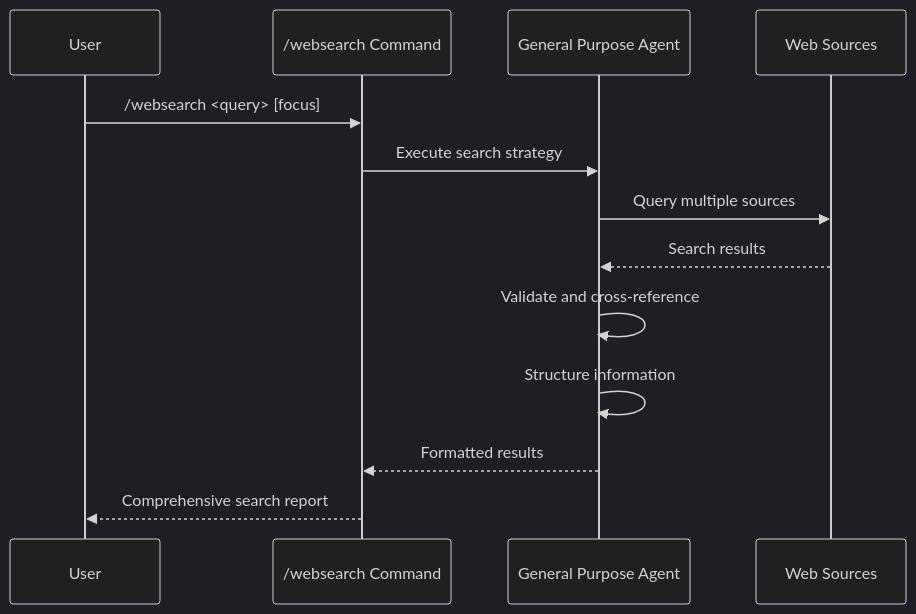
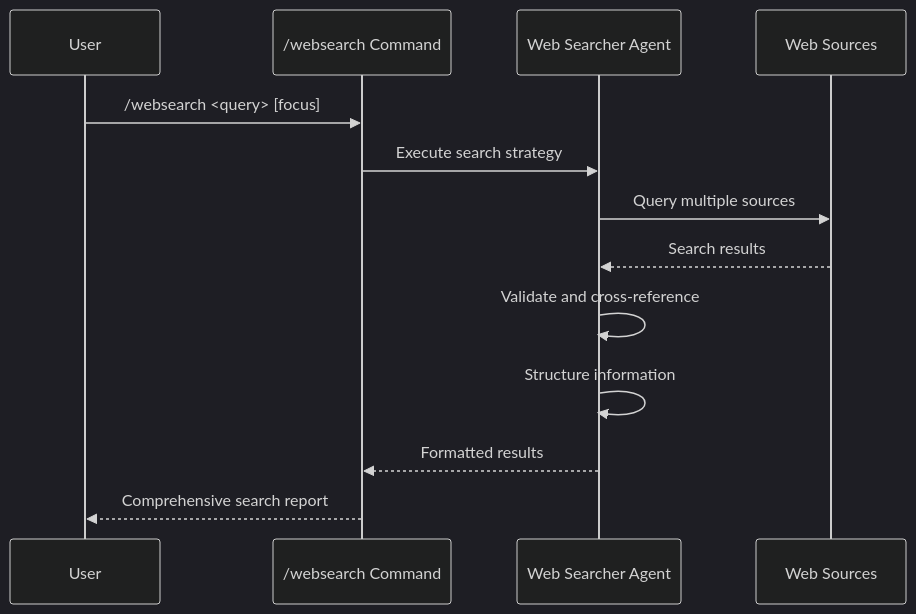
The diagram in .claude/commands/websearch.md (zzaia/zzaia-agentic-workspace), drawn with Mermaid (dark theme) before and after one commit. The commit also changed other lines of this file and 4 other files, not shown here.

Commit message:
Improve the web searcher capabilities;

````diff
--- a/.claude/commands/websearch.md
+++ b/.claude/commands/websearch.md
@@ -46,16 +46,16 @@
 ```mermaid
 sequenceDiagram
     participant U as User
     participant C as /websearch Command
-    participant GP as General Purpose Agent
+    participant WS as Web Searcher Agent
     participant W as Web Sources
 
     U->>C: /websearch <query> [focus]
-    C->>GP: Execute search strategy
-    GP->>W: Query multiple sources
-    W-->>GP: Search results
-    GP->>GP: Validate and cross-reference
-    GP->>GP: Structure information
-    GP-->>C: Formatted results
+    C->>WS: Execute search strategy
+    WS->>W: Query multiple sources
+    W-->>WS: Search results
+    WS->>WS: Validate and cross-reference
+    WS->>WS: Structure information
+    WS-->>C: Formatted results
     C-->>U: Comprehensive search report
 ```
````
